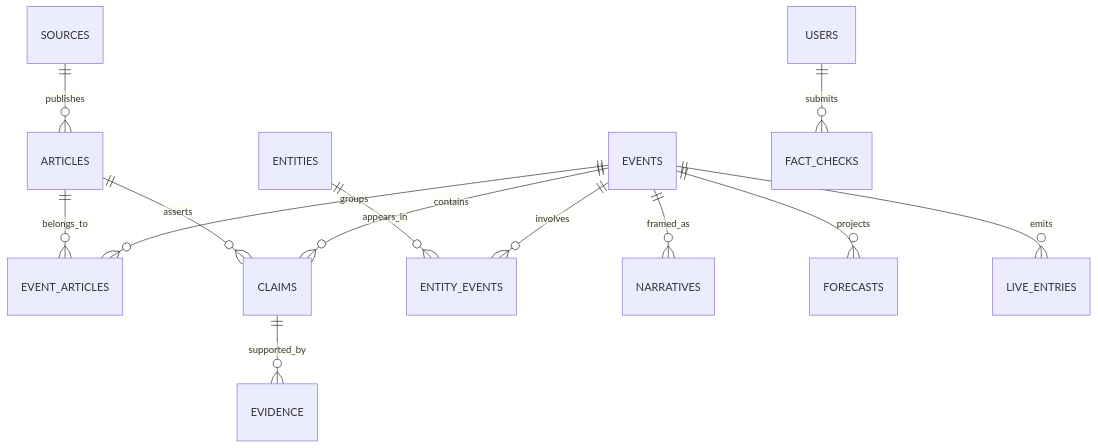
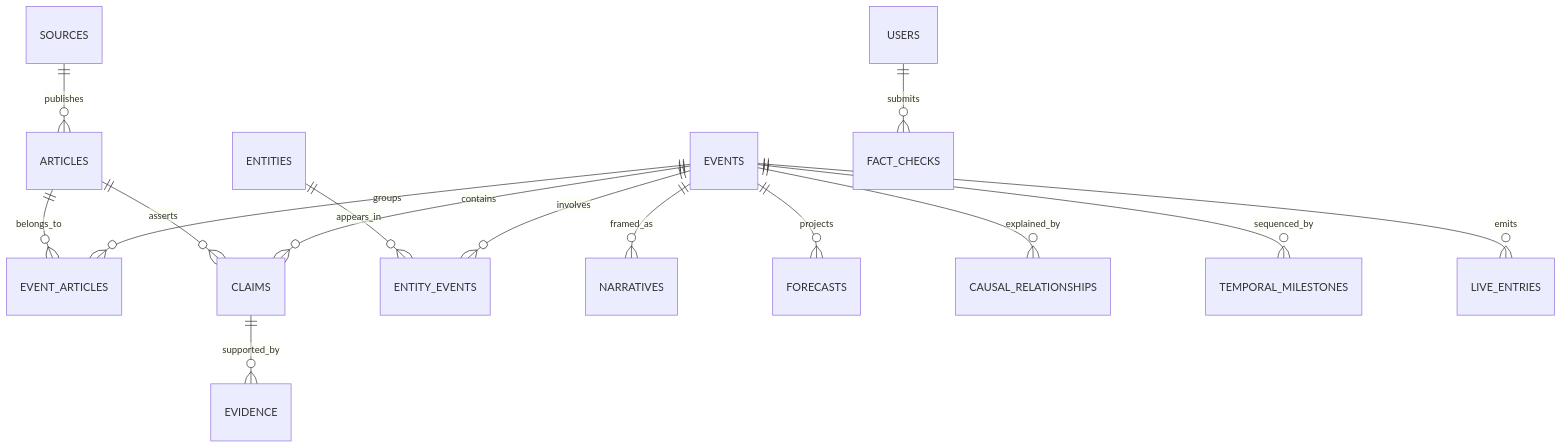
The fourth of 5 diagrams in README.md (xeevees-lab/pramana), drawn with Mermaid before and after one commit. The commit also changed other lines of this file, not shown here.

````diff
--- a/README.md
+++ b/README.md
@@ -165,15 +251,17 @@
 ```mermaid
 erDiagram
     SOURCES  ||--o{ ARTICLES : publishes
     EVENTS   ||--o{ EVENT_ARTICLES : groups
     ARTICLES ||--o{ EVENT_ARTICLES : belongs_to
     EVENTS   ||--o{ CLAIMS : contains
     ARTICLES ||--o{ CLAIMS : asserts
     CLAIMS   ||--o{ EVIDENCE : supported_by
     EVENTS   ||--o{ ENTITY_EVENTS : involves
     ENTITIES ||--o{ ENTITY_EVENTS : appears_in
     EVENTS   ||--o{ NARRATIVES : framed_as
     EVENTS   ||--o{ FORECASTS : projects
+    EVENTS   ||--o{ CAUSAL_RELATIONSHIPS : explained_by
+    EVENTS   ||--o{ TEMPORAL_MILESTONES : sequenced_by
     EVENTS   ||--o{ LIVE_ENTRIES : emits
     USERS    ||--o{ FACT_CHECKS : submits
 ```
````
